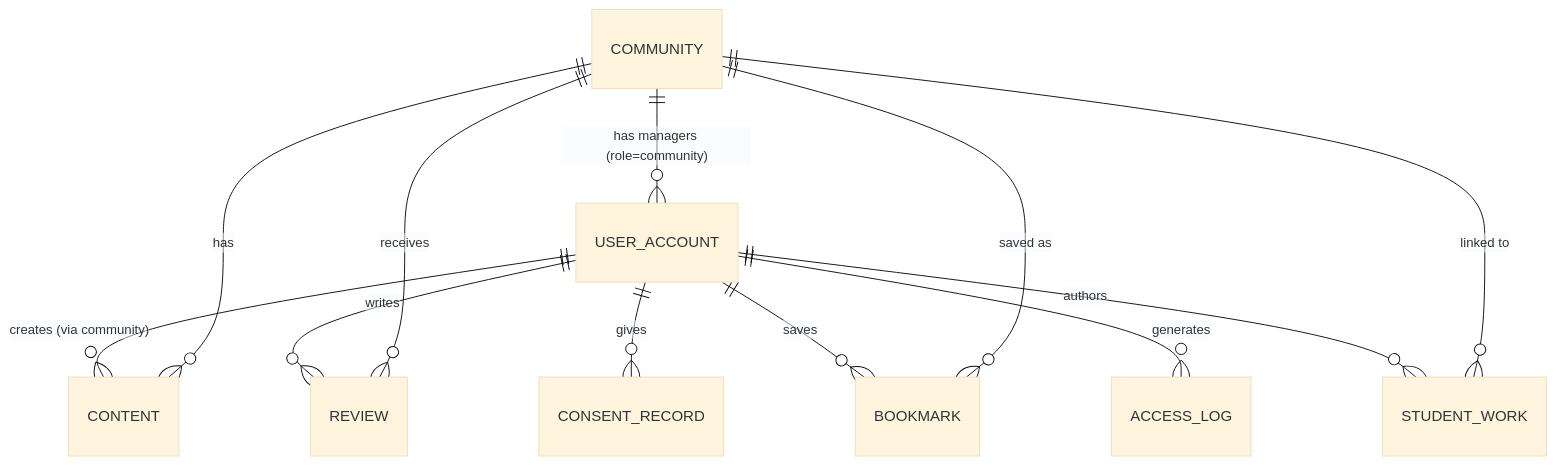
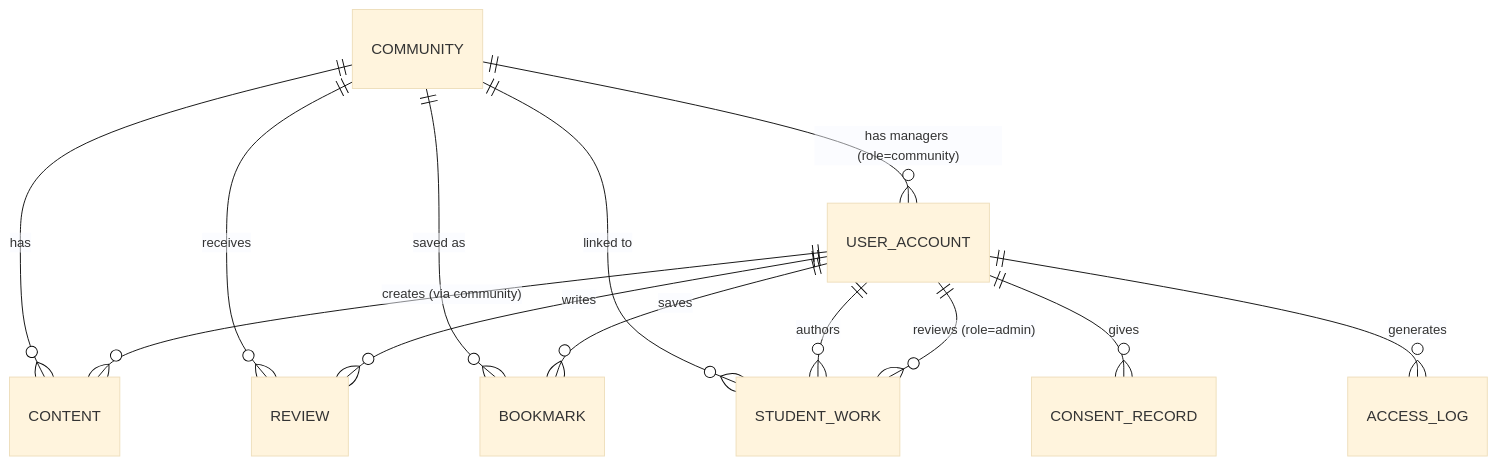
The fourth of 4 diagrams in docs/02-design/02-technical/architecture.md (b5810202241-cpu/Local-Story-Hub), drawn with Mermaid (base theme) before and after one commit. The commit also changed other lines of this file and 8 other files, not shown here.

First line of the commit message:
Reverse student-work approval rule: require faculty approval before publish

````diff
--- a/docs/02-design/02-technical/architecture.md
+++ b/docs/02-design/02-technical/architecture.md
@@ -72,14 +75,15 @@
 ```mermaid
 erDiagram
   COMMUNITY ||--o{ USER_ACCOUNT : "has managers (role=community)"
   COMMUNITY ||--o{ CONTENT : has
   COMMUNITY ||--o{ REVIEW : receives
   COMMUNITY ||--o{ BOOKMARK : "saved as"
   COMMUNITY ||--o{ STUDENT_WORK : "linked to"
   USER_ACCOUNT ||--o{ CONTENT : "creates (via community)"
   USER_ACCOUNT ||--o{ REVIEW : writes
   USER_ACCOUNT ||--o{ BOOKMARK : saves
   USER_ACCOUNT ||--o{ STUDENT_WORK : authors
   USER_ACCOUNT ||--o{ CONSENT_RECORD : gives
   USER_ACCOUNT ||--o{ ACCESS_LOG : generates
+  USER_ACCOUNT ||--o{ STUDENT_WORK : "reviews (role=admin)"
 ```
````
